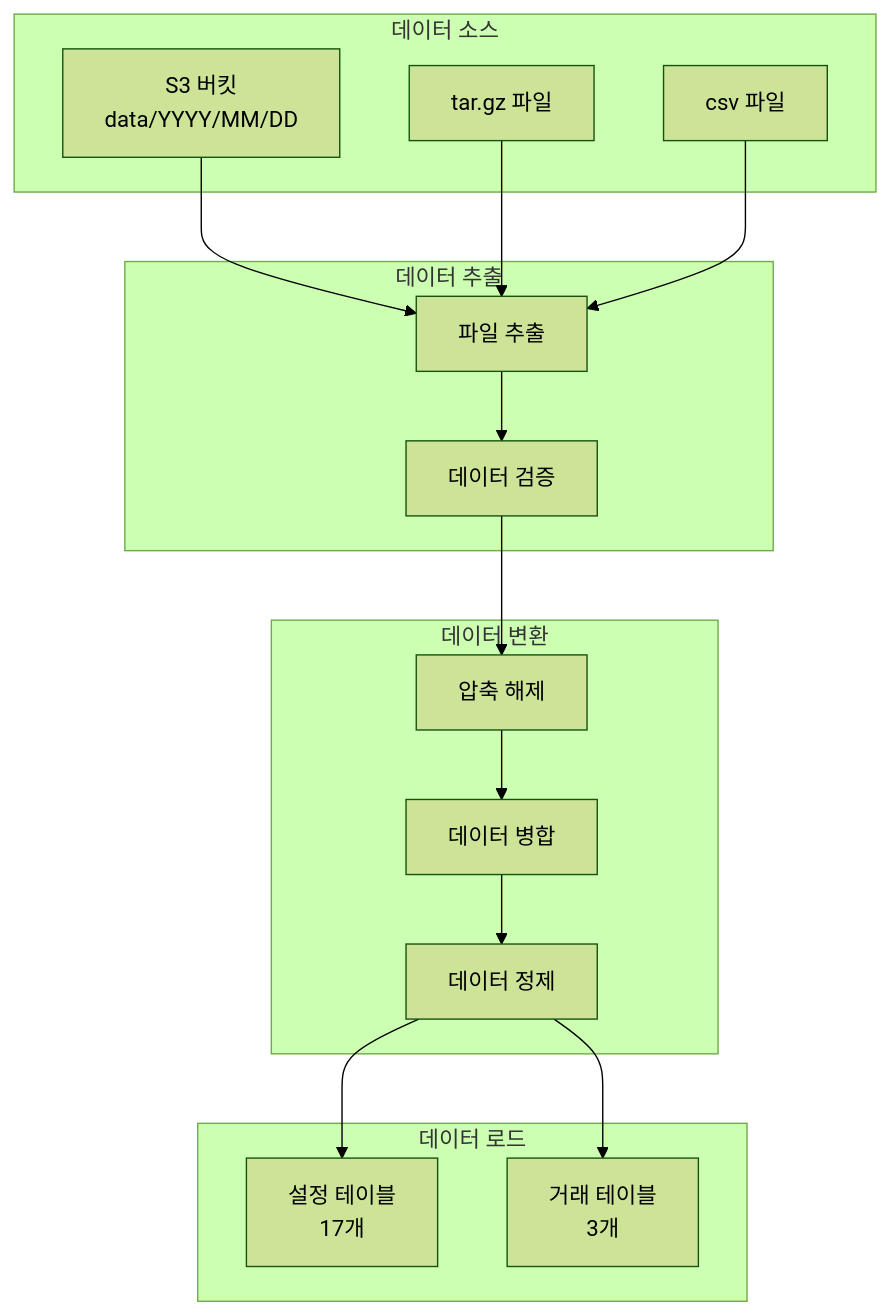
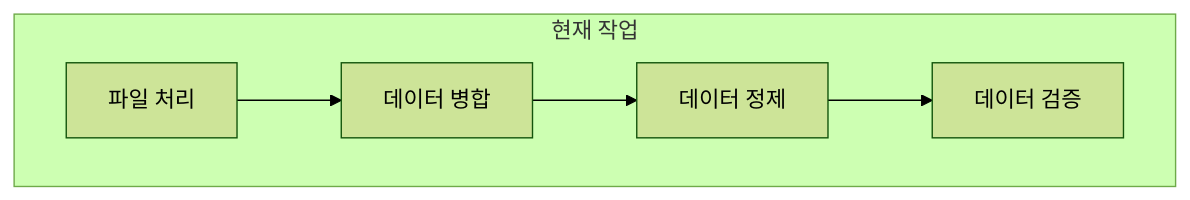
The fifth of 5 diagrams in _posts/2025-03-18-etl-pipeline.md (yeokyeong-yoon/yeokyeong-yoon.github.io), drawn with Mermaid (forest theme) before and after one commit. The commit also changed other lines of this file, not shown here.

````diff
--- a/_posts/2025-03-18-etl-pipeline.md
+++ b/_posts/2025-03-18-etl-pipeline.md
@@ -216,35 +310,13 @@
 ```mermaid
 graph TD
-    subgraph "데이터 소스"
-        S3[S3 버킷<br>data/YYYY/MM/DD]
-        TarGz[tar.gz 파일]
-        Csv[csv 파일]
-    end
-    
-    subgraph "데이터 추출"
-        Extract[파일 추출]
+    subgraph "현재 작업"
+        Files[파일 처리]
+        Merge[데이터 병합]
+        Clean[데이터 정제]
         Validate[데이터 검증]
     end
     
-    subgraph "데이터 변환"
-        Decompress[압축 해제]
-        Merge[데이터 병합]
-        Clean[데이터 정제]
-    end
-    
-    subgraph "데이터 로드"
-        Config[설정 테이블<br>17개]
-        Transaction[거래 테이블<br>3개]
-    end
-    
-    S3 --> Extract
-    TarGz --> Extract
-    Csv --> Extract
-    
-    Extract --> Validate
-    Validate --> Decompress
-    Decompress --> Merge
+    Files --> Merge
     Merge --> Clean
-    Clean --> Config
-    Clean --> Transaction
+    Clean --> Validate
 ```
````
